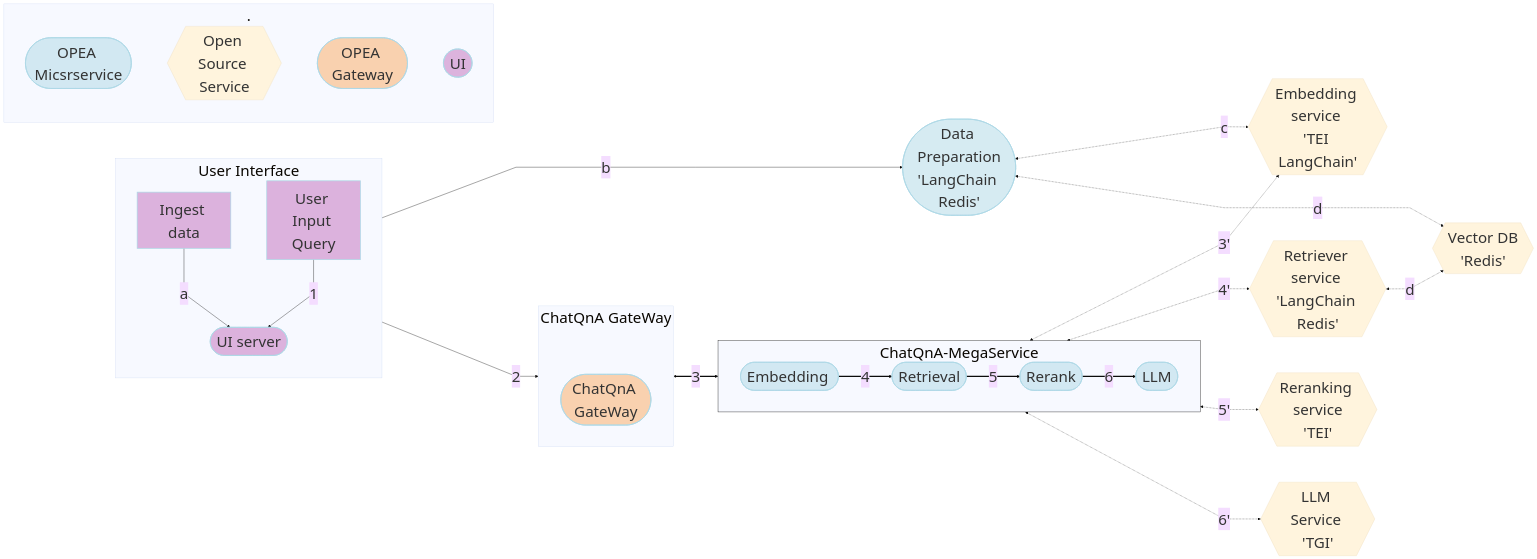
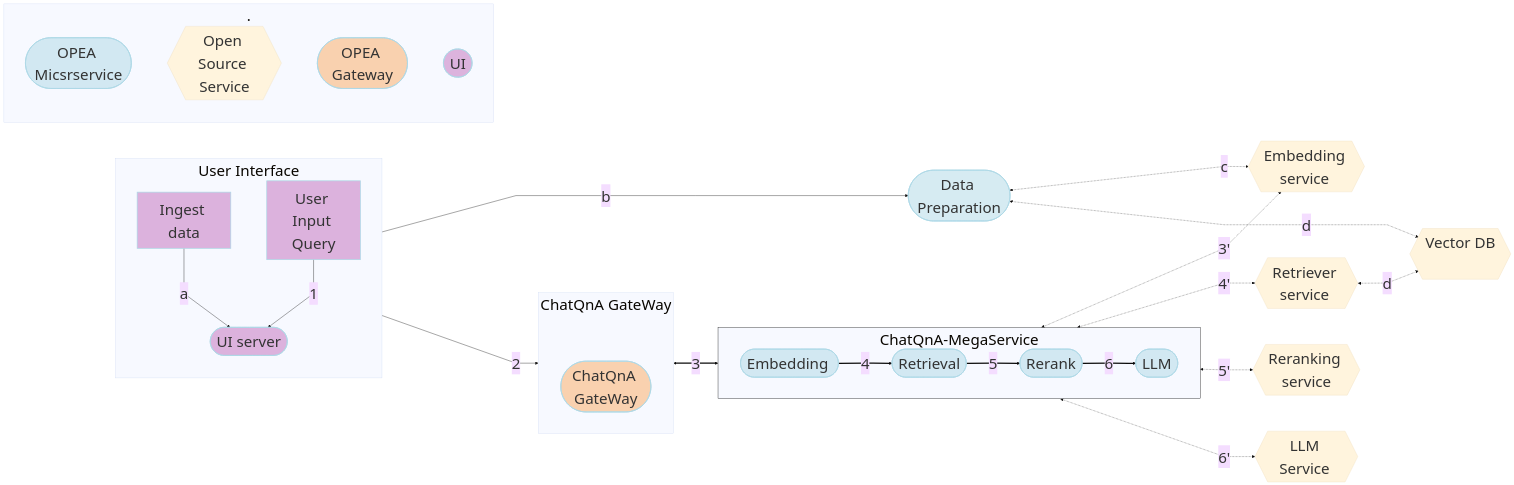
Before and after one commit to opea-project/GenAIExamples: the diagram in ChatQnA/README.md, drawn with Mermaid.

Commit message:
Update README.md and remove some open-source details
According to TCEs' feedback, don't need to have those open-source project details in the flowchart.

````diff
--- a/ChatQnA/README.md
+++ b/ChatQnA/README.md
@@ -13,84 +13,84 @@
 ```mermaid
 ---
 config:
   flowchart:
     nodeSpacing: 100
     rankSpacing: 100
     curve: linear
   theme: base
   themeVariables:
     fontSize: 42px
 ---
 flowchart LR
     %% Colors %%
     classDef blue fill:#ADD8E6,stroke:#ADD8E6,stroke-width:2px,fill-opacity:0.5
     classDef orange fill:#FBAA60,stroke:#ADD8E6,stroke-width:2px,fill-opacity:0.5
     classDef orchid fill:#C26DBC,stroke:#ADD8E6,stroke-width:2px,fill-opacity:0.5
     classDef invisible fill:transparent,stroke:transparent;
     style ChatQnA-MegaService stroke:#000000
     %% Subgraphs %%
     subgraph ChatQnA-MegaService["ChatQnA-MegaService"]
         direction LR
         EM([Embedding <br>]):::blue
         RET([Retrieval <br>]):::blue
         RER([Rerank <br>]):::blue
         LLM([LLM <br>]):::blue
     end
     subgraph User Interface
         direction TB
         a([User Input Query]):::orchid
         Ingest([Ingest data]):::orchid
         UI([UI server<br>]):::orchid
     end
     subgraph ChatQnA GateWay
         direction LR
         invisible1[ ]:::invisible
         GW([ChatQnA GateWay<br>]):::orange
     end
     subgraph .
         X([OPEA Micsrservice]):::blue
         Y{{Open Source Service}}
         Z([OPEA Gateway]):::orange
         Z1([UI]):::orchid
     end
 
-    TEI_RER{{Reranking service<br>'TEI'<br>}}
-    TEI_EM{{Embedding service <br>'TEI LangChain'<br>}}
-    VDB{{Vector DB<br>'Redis'<br>}}
-    R_RET{{Retriever service <br>'LangChain Redis'<br>}}
-    DP([Data Preparation<br>'LangChain Redis'<br>]):::blue
-    LLM_gen{{LLM Service <br>'TGI'<br>}}
+    TEI_RER{{Reranking service<br>}}
+    TEI_EM{{Embedding service <br>}}
+    VDB{{Vector DB<br><br>}}
+    R_RET{{Retriever service <br>}}
+    DP([Data Preparation<br>]):::blue
+    LLM_gen{{LLM Service <br>}}
 
     %% Data Preparation flow
     %% Ingest data flow
     direction LR
     Ingest[Ingest data] -->|a| UI
     UI -->|b| DP
     DP <-.->|c| TEI_EM
 
     %% Questions interaction
     direction LR
     a[User Input Query] -->|1| UI
     UI -->|2| GW
     GW <==>|3| ChatQnA-MegaService
     EM ==>|4| RET
     RET ==>|5| RER
     RER ==>|6| LLM
 
 
     %% Embedding service flow
     direction TB
     EM <-.->|3'| TEI_EM
     RET <-.->|4'| R_RET
     RER <-.->|5'| TEI_RER
     LLM <-.->|6'| LLM_gen
 
     direction TB
     %% Vector DB interaction
     R_RET <-.->|d|VDB
     DP <-.->|d|VDB
 
 
 
 
 ```
````
